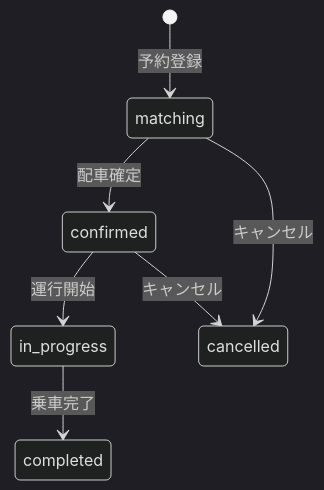
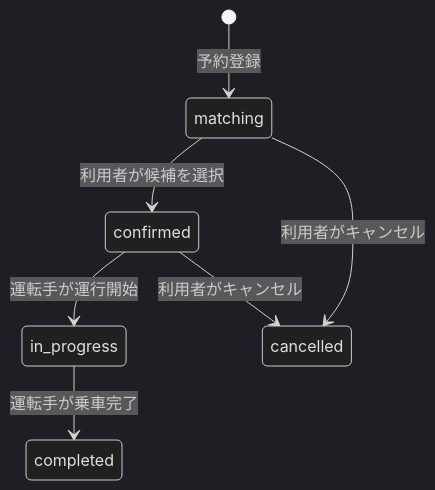
The second of 2 diagrams in docs/data-model.md (harusun8777-lang/RoadRide_Sharing), drawn with Mermaid (dark theme) before and after one commit. The commit also changed other lines of this file and 7 other files, not shown here.

````diff
--- a/docs/data-model.md
+++ b/docs/data-model.md
@@ -252,9 +286,9 @@
 ```mermaid
 stateDiagram-v2
     [*] --> matching: 予約登録
-    matching --> confirmed: 配車確定
-    confirmed --> in_progress: 運行開始
-    in_progress --> completed: 乗車完了
-    matching --> cancelled: キャンセル
-    confirmed --> cancelled: キャンセル
+    matching --> confirmed: 利用者が候補を選択
+    confirmed --> in_progress: 運転手が運行開始
+    in_progress --> completed: 運転手が乗車完了
+    matching --> cancelled: 利用者がキャンセル
+    confirmed --> cancelled: 利用者がキャンセル
 ```
````
